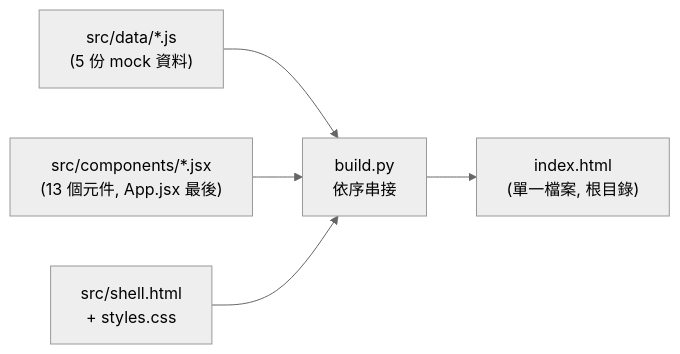
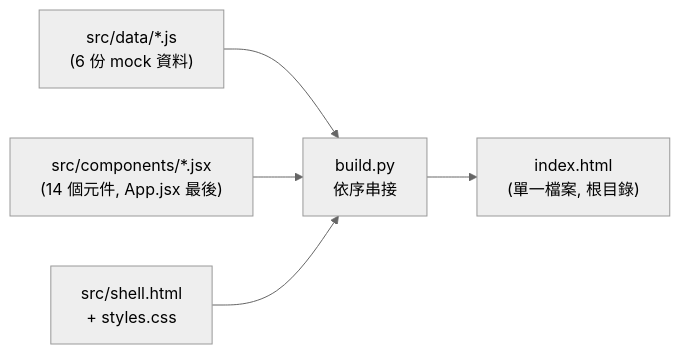
The diagram in brain/entities/architecture.md (johnny-ho/Agent-Portal), drawn with Mermaid (neutral theme) before and after one commit. The commit also changed other lines of this file and 9 other files, not shown here.

````diff
--- a/brain/entities/architecture.md
+++ b/brain/entities/architecture.md
@@ -17,7 +17,7 @@
 ```mermaid
 flowchart LR
-    D["src/data/*.js<br/>(5 份 mock 資料)"] --> B[build.py<br/>依序串接]
-    C["src/components/*.jsx<br/>(13 個元件, App.jsx 最後)"] --> B
+    D["src/data/*.js<br/>(6 份 mock 資料)"] --> B[build.py<br/>依序串接]
+    C["src/components/*.jsx<br/>(14 個元件, App.jsx 最後)"] --> B
     S[src/shell.html<br/>+ styles.css] --> B
     B --> O["index.html<br/>(單一檔案, 根目錄)"]
 ```
````
